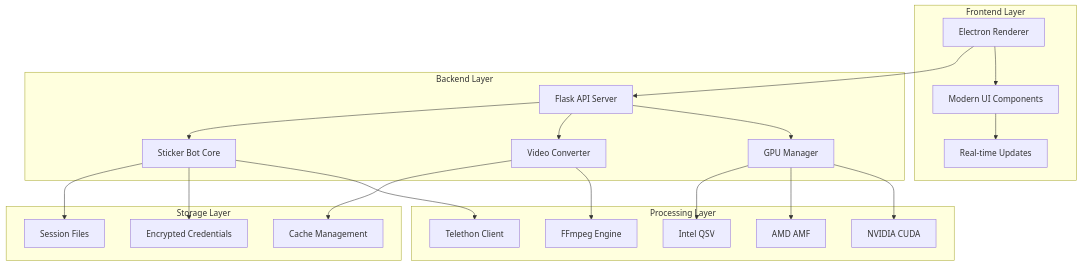
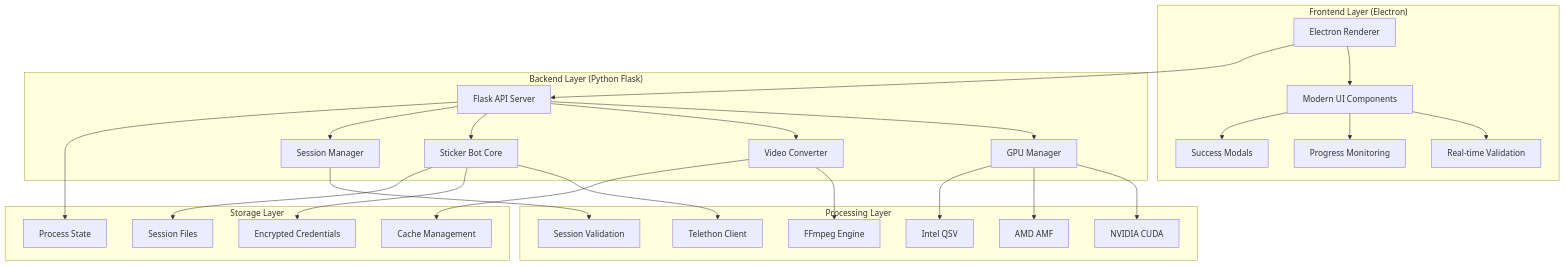
The diagram in README.md (RohitPoul/Telegram-Sticker-Maker-And-Auto-Uploader), drawn with Mermaid before and after one commit. The commit also changed other lines of this file, not shown here.

````diff
--- a/README.md
+++ b/README.md
@@ -79,32 +83,38 @@
 ```mermaid
 graph TB
-    subgraph "Frontend Layer"
+    subgraph "Frontend Layer (Electron)"
         A[Electron Renderer] --> B[Modern UI Components]
-        B --> C[Real-time Updates]
+        B --> C[Real-time Validation]
+        B --> D[Progress Monitoring]
+        B --> E[Success Modals]
     end
     
-    subgraph "Backend Layer"
-        D[Flask API Server] --> E[GPU Manager]
-        D --> F[Video Converter]
-        D --> G[Sticker Bot Core]
+    subgraph "Backend Layer (Python Flask)"
+        F[Flask API Server] --> G[GPU Manager]
+        F --> H[Video Converter]
+        F --> I[Sticker Bot Core]
+        F --> J[Session Manager]
     end
     
     subgraph "Processing Layer"
-        E --> H[NVIDIA CUDA]
-        E --> I[AMD AMF]
-        E --> J[Intel QSV]
-        F --> K[FFmpeg Engine]
-        G --> L[Telethon Client]
+        G --> K[NVIDIA CUDA]
+        G --> L[AMD AMF]
+        G --> M[Intel QSV]
+        H --> N[FFmpeg Engine]
+        I --> O[Telethon Client]
+        J --> P[Session Validation]
     end
     
     subgraph "Storage Layer"
-        M[Encrypted Credentials]
-        N[Session Files]
-        O[Cache Management]
+        Q[Encrypted Credentials]
+        R[Session Files]
+        S[Cache Management]
+        T[Process State]
     end
     
-    A --> D
-    G --> M
-    G --> N
-    F --> O
+    A --> F
+    I --> Q
+    I --> R
+    H --> S
+    F --> T
 ```
````
